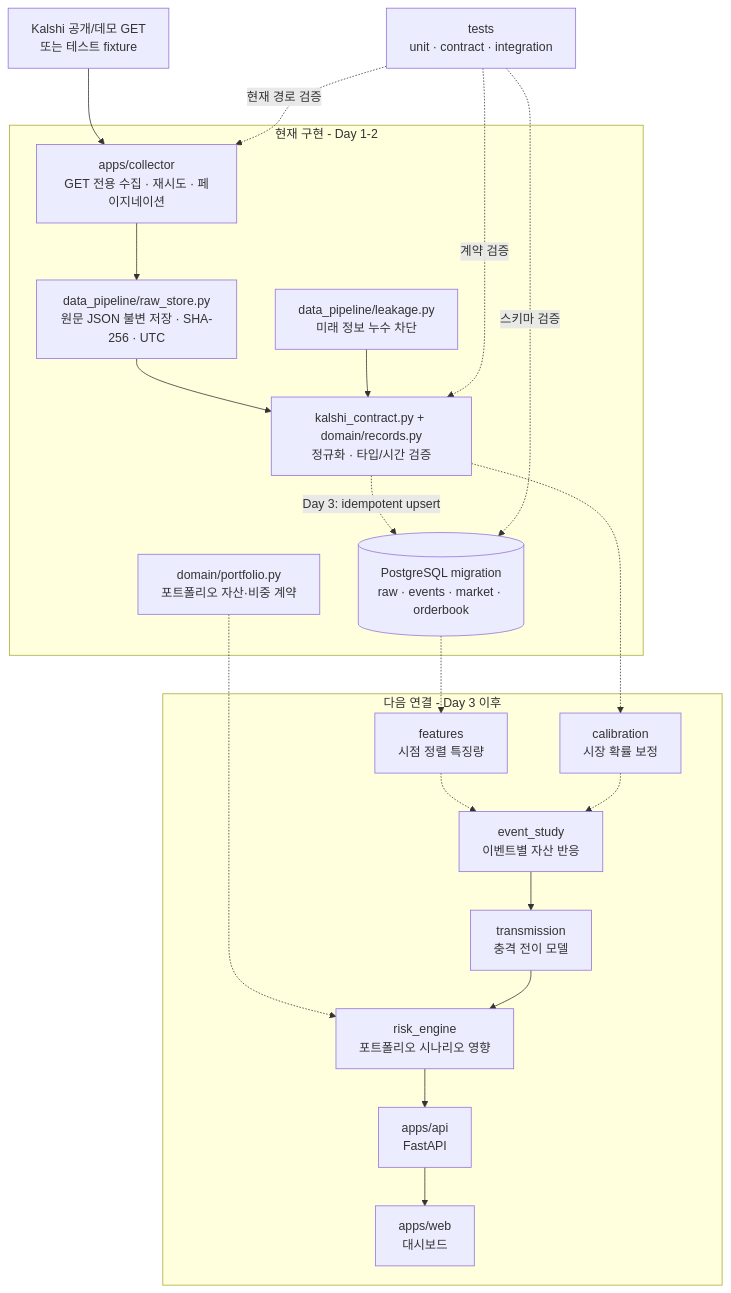
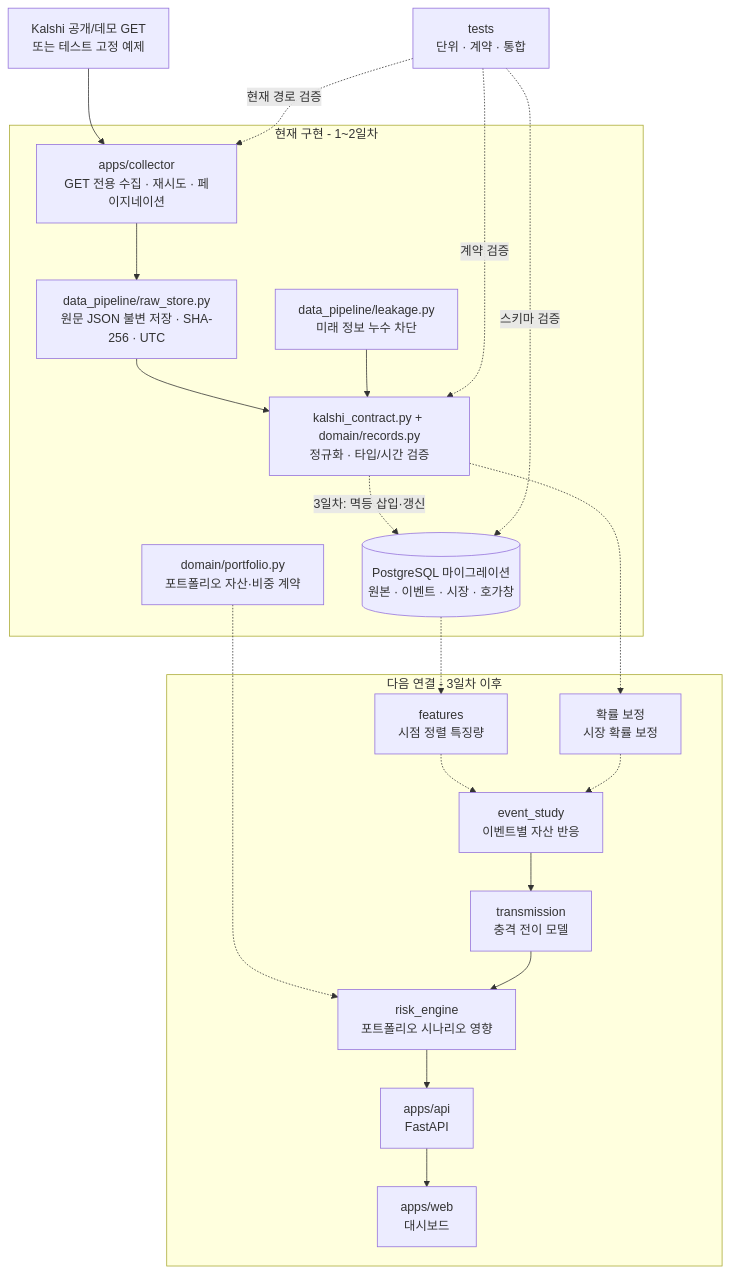
Before and after one commit to AnDev77/ShockGarph_AI: the diagram in docs/reviews/day-01-02-review.md, drawn with Mermaid. The commit also changed other lines of this file and 26 other files, not shown here.

````diff
--- a/docs/reviews/day-01-02-review.md
+++ b/docs/reviews/day-01-02-review.md
@@ -72,38 +72,38 @@
 ```mermaid
 flowchart TB
-    K["Kalshi 공개/데모 GET<br/>또는 테스트 fixture"]
+    K["Kalshi 공개/데모 GET<br/>또는 테스트 고정 예제"]
 
-    subgraph CURRENT["현재 구현 - Day 1-2"]
+    subgraph CURRENT["현재 구현 - 1~2일차"]
         C["apps/collector<br/>GET 전용 수집 · 재시도 · 페이지네이션"]
         R["data_pipeline/raw_store.py<br/>원문 JSON 불변 저장 · SHA-256 · UTC"]
         V["kalshi_contract.py + domain/records.py<br/>정규화 · 타입/시간 검증"]
         L["data_pipeline/leakage.py<br/>미래 정보 누수 차단"]
         P["domain/portfolio.py<br/>포트폴리오 자산·비중 계약"]
-        D[("PostgreSQL migration<br/>raw · events · market · orderbook")]
+        D[("PostgreSQL 마이그레이션<br/>원본 · 이벤트 · 시장 · 호가창")]
     end
 
-    subgraph NEXT["다음 연결 - Day 3 이후"]
+    subgraph NEXT["다음 연결 - 3일차 이후"]
         F["features<br/>시점 정렬 특징량"]
-        CAL["calibration<br/>시장 확률 보정"]
+        CAL["확률 보정<br/>시장 확률 보정"]
         ES["event_study<br/>이벤트별 자산 반응"]
         T["transmission<br/>충격 전이 모델"]
         RE["risk_engine<br/>포트폴리오 시나리오 영향"]
         API["apps/api<br/>FastAPI"]
         WEB["apps/web<br/>대시보드"]
     end
 
-    Q["tests<br/>unit · contract · integration"]
+    Q["tests<br/>단위 · 계약 · 통합"]
 
     K --> C --> R --> V
     L --> V
-    V -. "Day 3: idempotent upsert" .-> D
+    V -. "3일차: 멱등 삽입·갱신" .-> D
     D -.-> F
     V -.-> CAL
     F -.-> ES
     CAL -.-> ES --> T
     P -.-> RE
     T --> RE --> API --> WEB
     Q -. "현재 경로 검증" .-> C
     Q -. "계약 검증" .-> V
     Q -. "스키마 검증" .-> D
 ```
````
